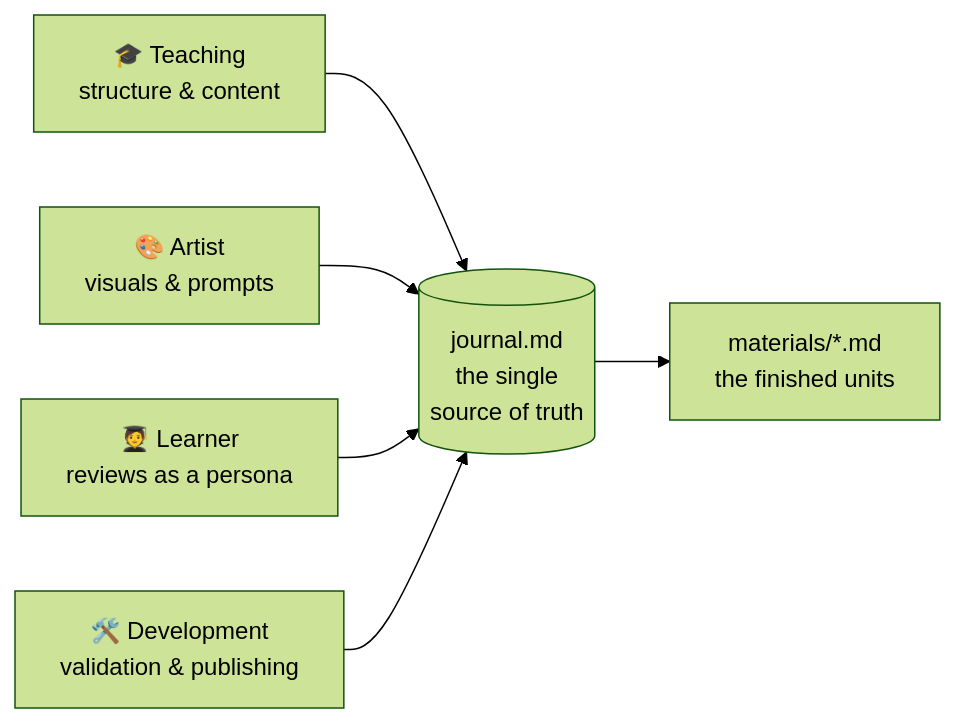
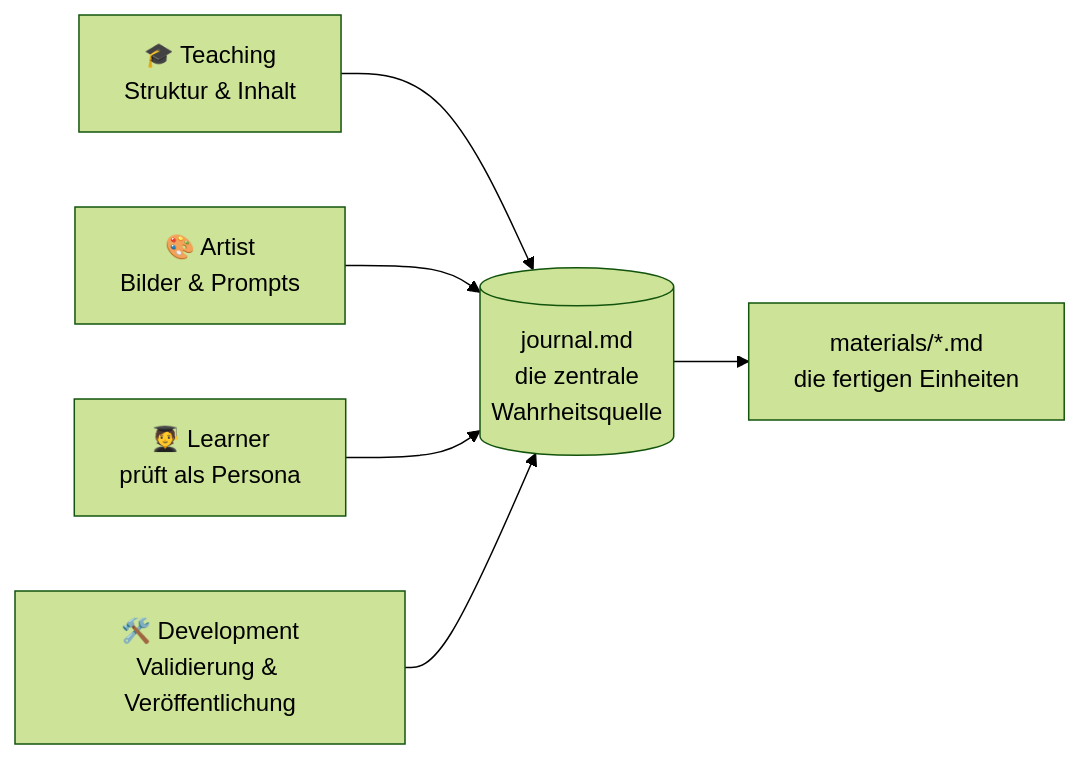
One commit to LiaPlayground/nis2 changed the diagram in about-liascript.md. Above: the diagram before and after it, drawn with Mermaid (forest theme). The commit also changed other lines of this file and 4 other files, not shown here.

````diff
--- a/about-liascript.md
+++ b/about-liascript.md
@@ -213,9 +225,9 @@
 ```mermaid   @mermaid
 flowchart LR
-  J[("journal.md<br>the single<br>source of truth")]
-  T["🎓 Teaching<br>structure & content"] --> J
-  A["🎨 Artist<br>visuals & prompts"] --> J
-  L["🧑‍🎓 Learner<br>reviews as a persona"] --> J
-  D["🛠️ Development<br>validation & publishing"] --> J
-  J --> OUT["materials/*.md<br>the finished units"]
+  J[("journal.md<br>die zentrale<br>Wahrheitsquelle")]
+  T["🎓 Teaching<br>Struktur & Inhalt"] --> J
+  A["🎨 Artist<br>Bilder & Prompts"] --> J
+  L["🧑‍🎓 Learner<br>prüft als Persona"] --> J
+  D["🛠️ Development<br>Validierung & Veröffentlichung"] --> J
+  J --> OUT["materials/*.md<br>die fertigen Einheiten"]
 ```
````
